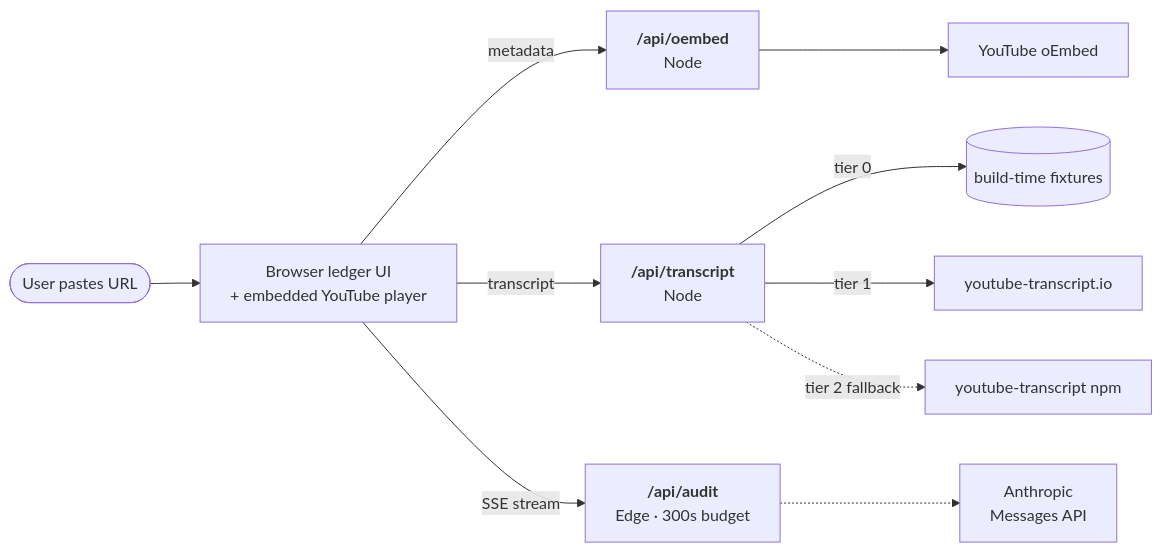
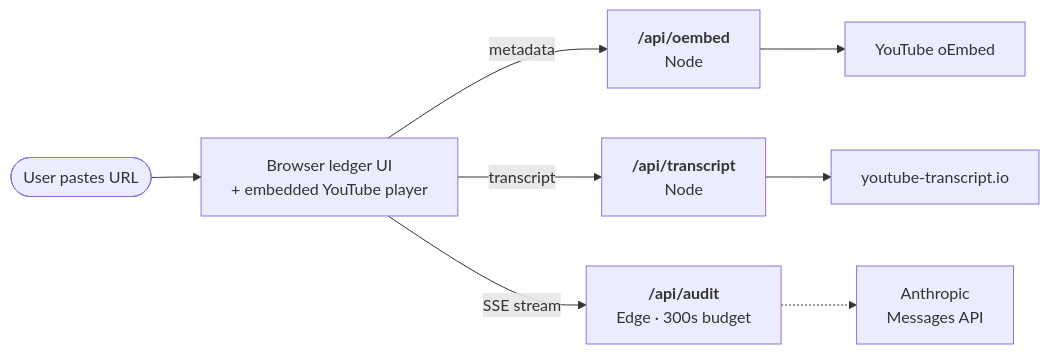
One commit to JemsRyu/claim-ledger changed the first of 2 diagrams in README.md. Above: the diagram before and after it, drawn with Mermaid. The commit also changed other lines of this file, not shown here.

Commit message:
docs: simplify request-flow diagram — single transcript source
Removed the 3-tier transcript fallback (build-time fixtures → .io →
npm) from the request-flow Mermaid diagram. The fallback architecture
still exists in the code for resilience, but it's an implementation
detail that clutters the high-level diagram. The diagram now shows
youtube-transcript.io as the single transcript source, matching what
99% of audits actually hit at runtime.

````diff
--- a/README.md
+++ b/README.md
@@ -32,12 +32,10 @@
 ```mermaid
 flowchart LR
     User([User pastes URL]) --> UI[Browser ledger UI<br/>+ embedded YouTube player]
     UI -->|metadata| Oembed["<b>/api/oembed</b><br/>Node"]
     UI -->|transcript| Transcript["<b>/api/transcript</b><br/>Node"]
     UI -->|SSE stream| Audit["<b>/api/audit</b><br/>Edge · 300s budget"]
     Oembed --> YT[YouTube oEmbed]
-    Transcript -->|tier 0| Fix[(build-time fixtures)]
-    Transcript -->|tier 1| IO[youtube-transcript.io]
-    Transcript -.->|tier 2 fallback| NPM[youtube-transcript npm]
+    Transcript --> IO[youtube-transcript.io]
     Audit -.-> Anthropic[Anthropic<br/>Messages API]
 ```
````
